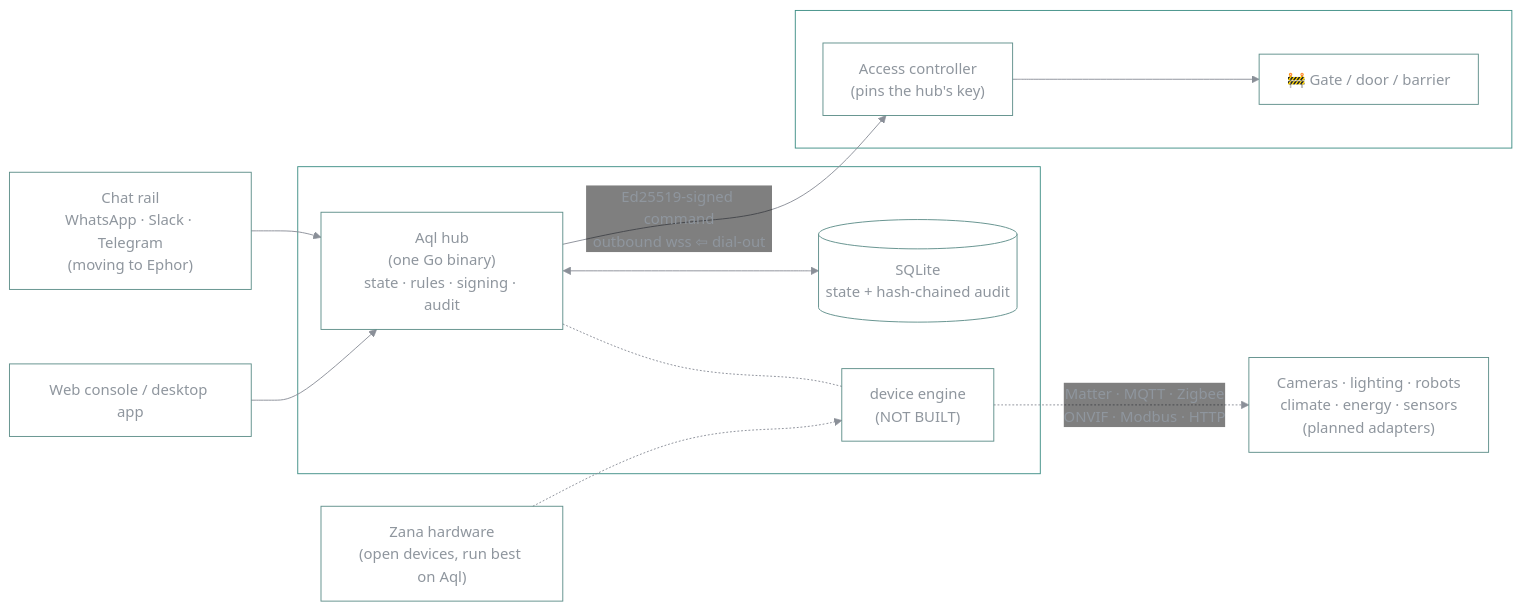
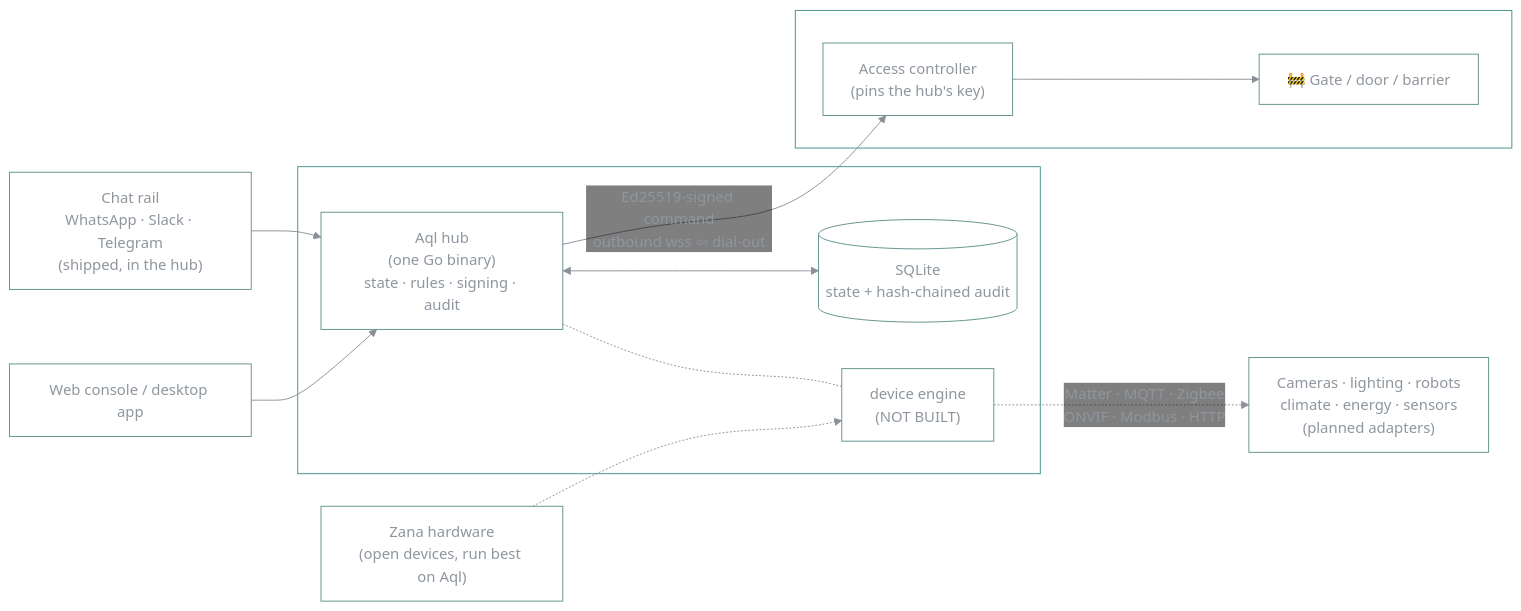
Before and after one commit to vul-os/aql: the diagram in README.md, drawn with Mermaid. The commit also changed other lines of this file and 16 other files, not shown here.

````diff
--- a/README.md
+++ b/README.md
@@ -244,25 +245,25 @@
 ```mermaid
 %%{init: {'theme':'base','themeVariables':{'fontFamily':'ui-monospace, SFMono-Regular, Menlo, monospace','primaryColor':'transparent','primaryBorderColor':'#14b8a6','primaryTextColor':'#8f969e','lineColor':'#8a8f98','nodeBorder':'#5f8f8a','edgeLabelBackground':'transparent','clusterBorder':'#3f8f86','clusterBkg':'transparent'}}}%%
 flowchart LR
-    chat["Chat rail<br/>WhatsApp · Slack · Telegram<br/>(moving to Ephor)"]
+    chat["Chat rail<br/>WhatsApp · Slack · Telegram<br/>(shipped, in the hub)"]
     console["Web console / desktop app"]
     subgraph box["your box"]
         hub["Aql hub<br/>(one Go binary)<br/>state · rules · signing · audit"]
         db[("SQLite<br/>state + hash-chained audit")]
         eng["device engine<br/>(NOT BUILT)"]
         hub <--> db
         hub -.- eng
     end
     subgraph edge["your devices"]
         ctl["Access controller<br/>(pins the hub's key)"]
         motor["🚧 Gate / door / barrier"]
         ctl --> motor
     end
     future["Cameras · lighting · robots<br/>climate · energy · sensors<br/>(planned adapters)"]
     chat --> hub
     console --> hub
     hub -->|"Ed25519-signed command<br/>outbound wss ⇦ dial-out"| ctl
     eng -.->|"Matter · MQTT · Zigbee<br/>ONVIF · Modbus · HTTP"| future
     zana["Zana hardware<br/>(open devices, run best on Aql)"]
     zana -.-> eng
 ```
````
